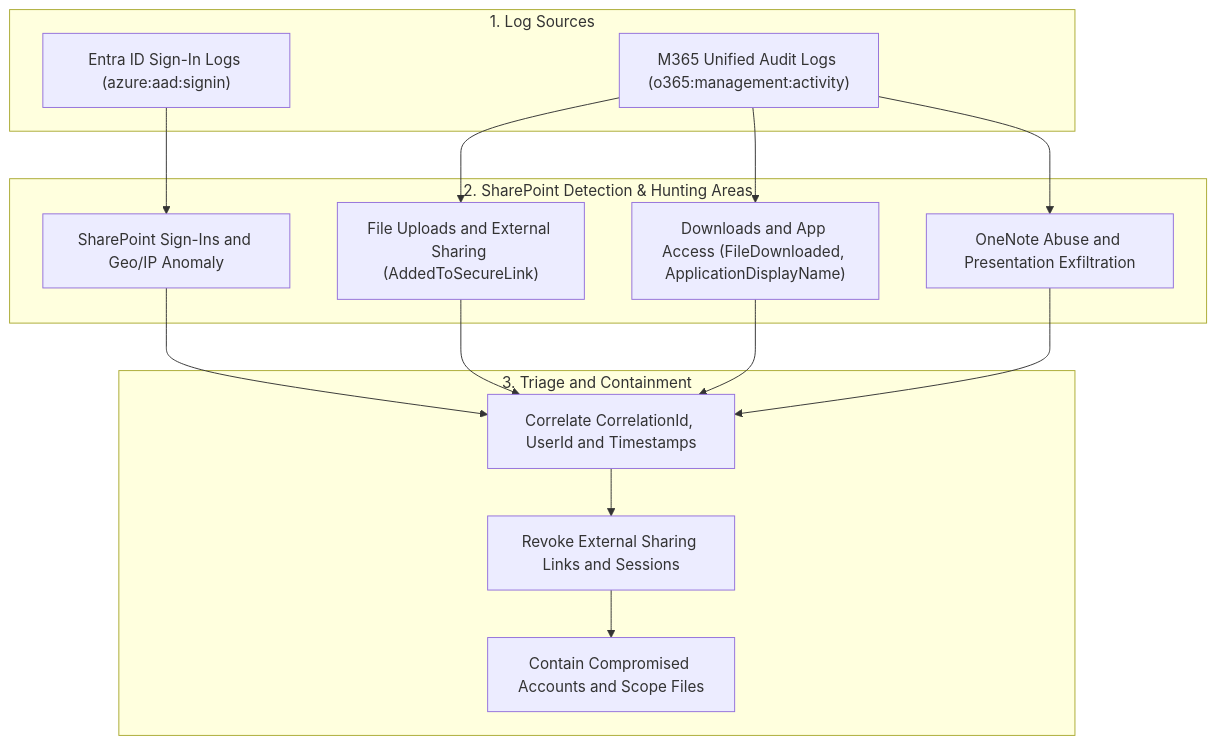
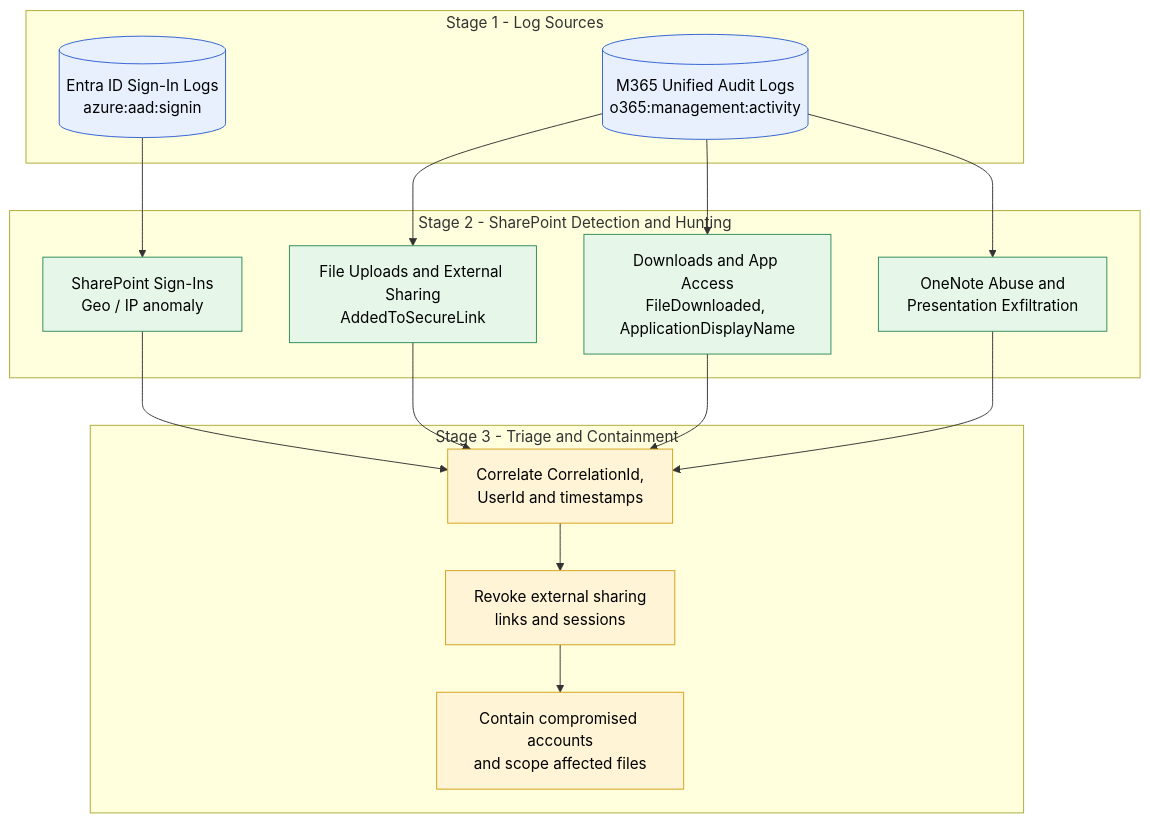
One commit to KdMenon007/Splunk-Projects changed the diagram in 03 - Operation Cloud Mailwatch/4.SharePoint Monitoring/README.md. Above: the diagram before and after it, drawn with Mermaid.

````diff
--- a/03 - Operation Cloud Mailwatch/4.SharePoint Monitoring/README.md
+++ b/03 - Operation Cloud Mailwatch/4.SharePoint Monitoring/README.md
@@ -8,30 +8,37 @@
 ```mermaid
 flowchart TD
-    subgraph Telemetry["1. Log Sources"]
-        S1["Entra ID Sign-In Logs (azure:aad:signin)"]
-        S2["M365 Unified Audit Logs (o365:management:activity)"]
+    subgraph Telemetry["Stage 1 - Log Sources"]
+        S1[("Entra ID Sign-In Logs<br/>azure:aad:signin")]
+        S2[("M365 Unified Audit Logs<br/>o365:management:activity")]
     end
 
-    subgraph Detections["2. SharePoint Detection & Hunting Areas"]
-        D1["SharePoint Sign-Ins and Geo/IP Anomaly"]
-        D2["File Uploads and External Sharing (AddedToSecureLink)"]
-        D3["Downloads and App Access (FileDownloaded, ApplicationDisplayName)"]
-        D4["OneNote Abuse and Presentation Exfiltration"]
+    subgraph Detections["Stage 2 - SharePoint Detection and Hunting"]
+        D1["SharePoint Sign-Ins<br/>Geo / IP anomaly"]
+        D2["File Uploads and External Sharing<br/>AddedToSecureLink"]
+        D3["Downloads and App Access<br/>FileDownloaded, ApplicationDisplayName"]
+        D4["OneNote Abuse and<br/>Presentation Exfiltration"]
     end
 
-    subgraph Response["3. Triage and Containment"]
-        R1["Correlate CorrelationId, UserId and Timestamps"]
-        R2["Revoke External Sharing Links and Sessions"]
-        R3["Contain Compromised Accounts and Scope Files"]
+    subgraph Response["Stage 3 - Triage and Containment"]
+        R1["Correlate CorrelationId,<br/>UserId and timestamps"]
+        R2["Revoke external sharing<br/>links and sessions"]
+        R3["Contain compromised accounts<br/>and scope affected files"]
     end
 
     S1 --> D1
     S2 --> D2
     S2 --> D3
     S2 --> D4
     D1 --> R1
     D2 --> R1
     D3 --> R1
     D4 --> R1
     R1 --> R2 --> R3
+
+    classDef log fill:#e8f0fe,stroke:#2f5fd0,color:#000;
+    classDef det fill:#e6f7ea,stroke:#2e8b57,color:#000;
+    classDef ir fill:#fff4d6,stroke:#d4a017,color:#000;
+    class S1,S2 log;
+    class D1,D2,D3,D4 det;
+    class R1,R2,R3 ir;
 ```
````
